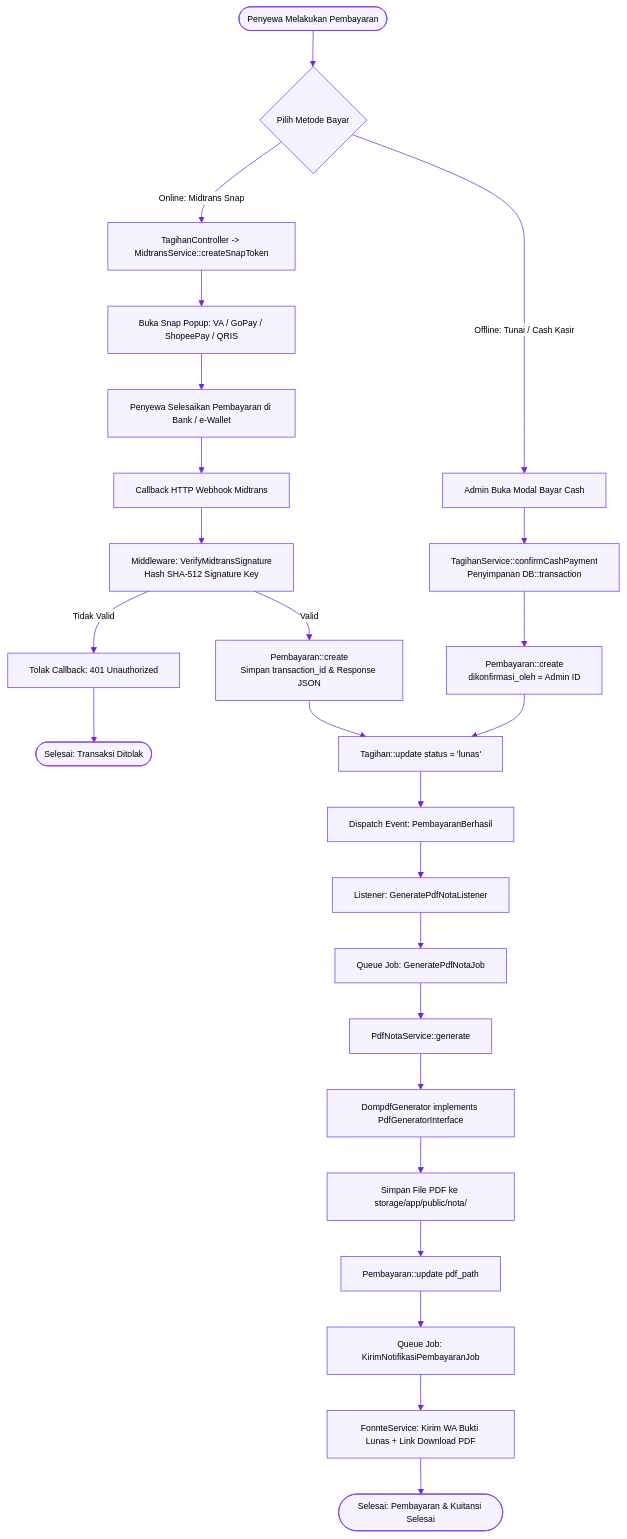
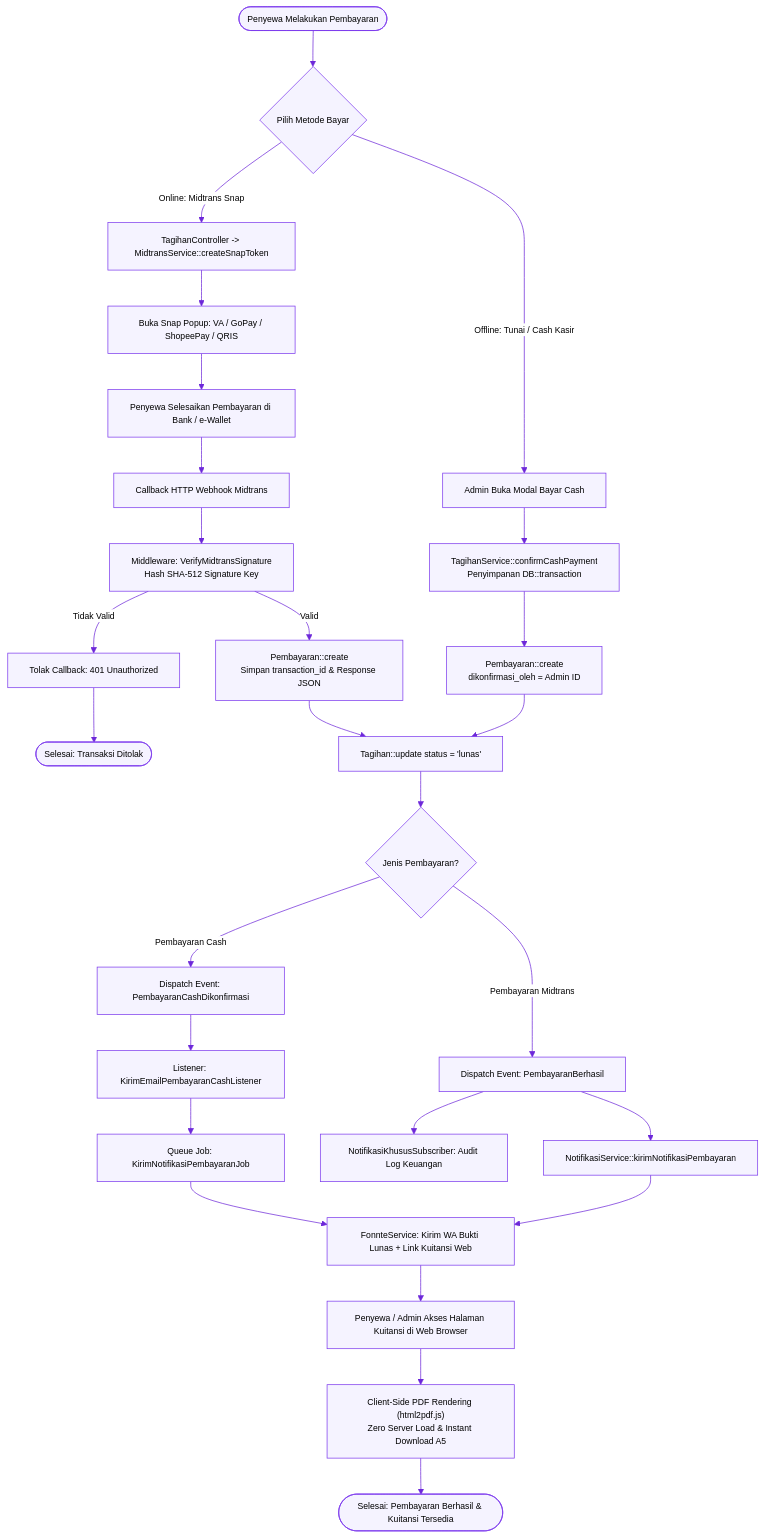
The diagram in Blueprint/class/class_alur_pembayaran_kuitansi_pdf.mmd (rafifarsyapradiva/asri-boarding-house), drawn with Mermaid before and after one commit. The commit also changed 28 other files, not shown here.

Commit message:
docs(class-diagram): finalisasi arsitektur objek, integrasi 21 model, eliminasi ghost classes & kompilasi 19 citra visual (v240.0)

```diff
--- a/Blueprint/class/class_alur_pembayaran_kuitansi_pdf.mmd
+++ b/Blueprint/class/class_alur_pembayaran_kuitansi_pdf.mmd
@@ -1,47 +1,51 @@
 %%{init: {
   'theme': 'base',
   'themeVariables': {
     'primaryColor': '#F5F3FF',
     'primaryTextColor': '#000000',
     'primaryBorderColor': '#7C3AED',
     'lineColor': '#6D28D9',
     'secondaryColor': '#EDE9FE',
     'tertiaryColor': '#FFFFFF',
     'edgeLabelBackground': '#FFFFFF',
     'fontSize': '12px',
     'fontFamily': 'Inter, system-ui, sans-serif'
   }
 }}%%
 flowchart TD
     Start([Penyewa Melakukan Pembayaran]) --> PaymentMethod{Pilih Metode Bayar}
     
     PaymentMethod -->|Online: Midtrans Snap| RequestSnap[TagihanController -> MidtransService::createSnapToken]
     RequestSnap --> ShowSnap[Buka Snap Popup: VA / GoPay / ShopeePay / QRIS]
     ShowSnap --> PayOnline[Penyewa Selesaikan Pembayaran di Bank / e-Wallet]
     PayOnline --> MidtransCallback[Callback HTTP Webhook Midtrans]
     
     MidtransCallback --> VerifyHMAC[Middleware: VerifyMidtransSignature<br>Hash SHA-512 Signature Key]
     VerifyHMAC -->|Tidak Valid| Reject401[Tolak Callback: 401 Unauthorized]
     Reject401 --> EndFail([Selesai: Transaksi Ditolak])
     
     VerifyHMAC -->|Valid| RecordMidtransPay[Pembayaran::create<br>Simpan transaction_id & Response JSON]
     
     PaymentMethod -->|Offline: Tunai / Cash Kasir| AdminCash[Admin Buka Modal Bayar Cash]
     AdminCash --> CallCashService[TagihanService::confirmCashPayment<br>Penyimpanan DB::transaction]
     CallCashService --> RecordCashPay[Pembayaran::create<br>dikonfirmasi_oleh = Admin ID]
     
     RecordMidtransPay --> UpdateTagihanLunas[Tagihan::update status = 'lunas']
     RecordCashPay --> UpdateTagihanLunas
     
-    UpdateTagihanLunas --> DispatchPayEvent[Dispatch Event: PembayaranBerhasil]
-    DispatchPayEvent --> ListenerPdf[Listener: GeneratePdfNotaListener]
+    UpdateTagihanLunas --> CashEventCheck{Jenis Pembayaran?}
+    CashEventCheck -->|Pembayaran Cash| DispatchCashEvent[Dispatch Event: PembayaranCashDikonfirmasi]
+    CashEventCheck -->|Pembayaran Midtrans| DispatchOnlineEvent[Dispatch Event: PembayaranBerhasil]
     
-    ListenerPdf --> QueuePdfJob[Queue Job: GeneratePdfNotaJob]
-    QueuePdfJob --> CallPdfService[PdfNotaService::generate]
-    CallPdfService --> CallEngine["DompdfGenerator implements PdfGeneratorInterface"]
-    CallEngine --> SavePdfFile[Simpan File PDF ke storage/app/public/nota/]
-    SavePdfFile --> UpdatePdfPath[Pembayaran::update pdf_path]
+    DispatchCashEvent --> ListenerCash[Listener: KirimEmailPembayaranCashListener]
+    ListenerCash --> QueueNotifJob[Queue Job: KirimNotifikasiPembayaranJob]
     
-    UpdatePdfPath --> DispatchNotifJob[Queue Job: KirimNotifikasiPembayaranJob]
-    DispatchNotifJob --> SendReceiptWA[FonnteService: Kirim WA Bukti Lunas + Link Download PDF]
-    SendReceiptWA --> EndSuccess([Selesai: Pembayaran & Kuitansi Selesai])
+    DispatchOnlineEvent --> SubscriberAudit[NotifikasiKhususSubscriber: Audit Log Keuangan]
+    DispatchOnlineEvent --> DirectNotif[NotifikasiService::kirimNotifikasiPembayaran]
+    
+    QueueNotifJob --> SendReceiptWA[FonnteService: Kirim WA Bukti Lunas + Link Kuitansi Web]
+    DirectNotif --> SendReceiptWA
+    
+    SendReceiptWA --> UserOpenReceipt[Penyewa / Admin Akses Halaman Kuitansi di Web Browser]
+    UserOpenReceipt --> ClientRender["Client-Side PDF Rendering (html2pdf.js)<br>Zero Server Load & Instant Download A5"]
+    ClientRender --> EndSuccess([Selesai: Pembayaran Berhasil & Kuitansi Tersedia])
```
